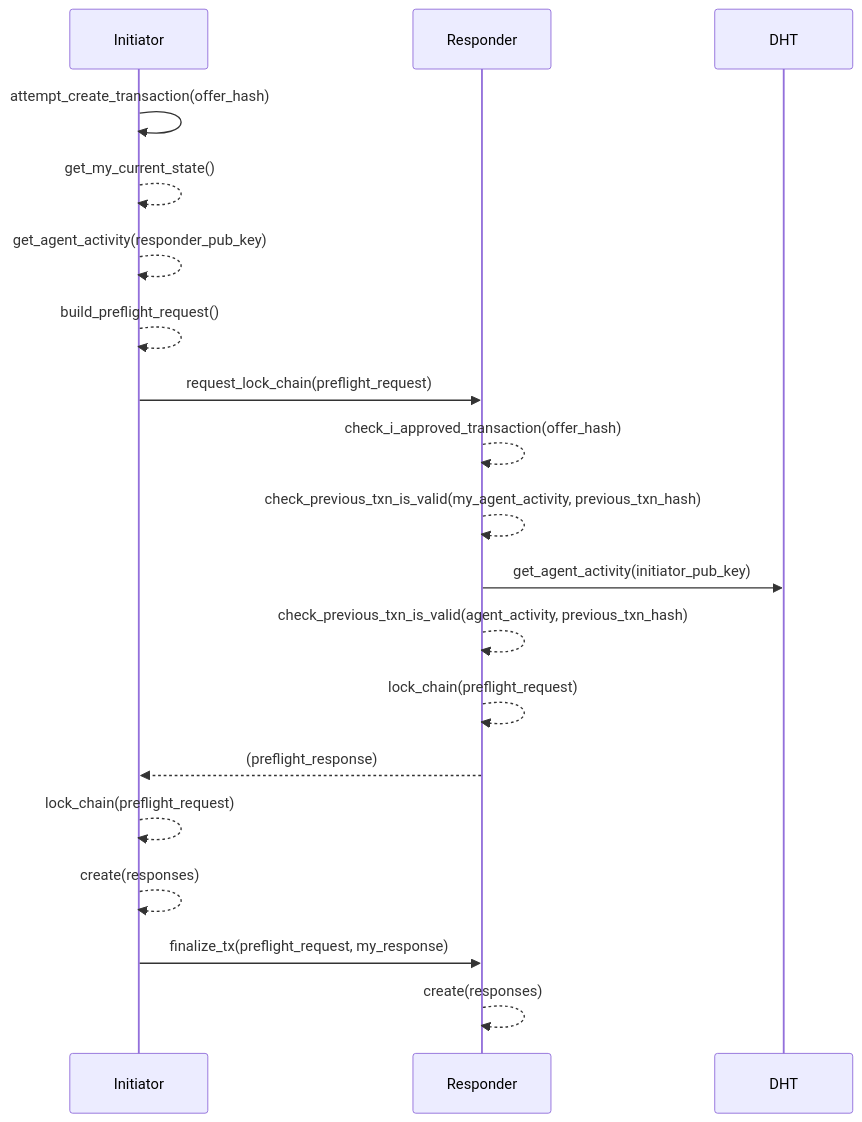
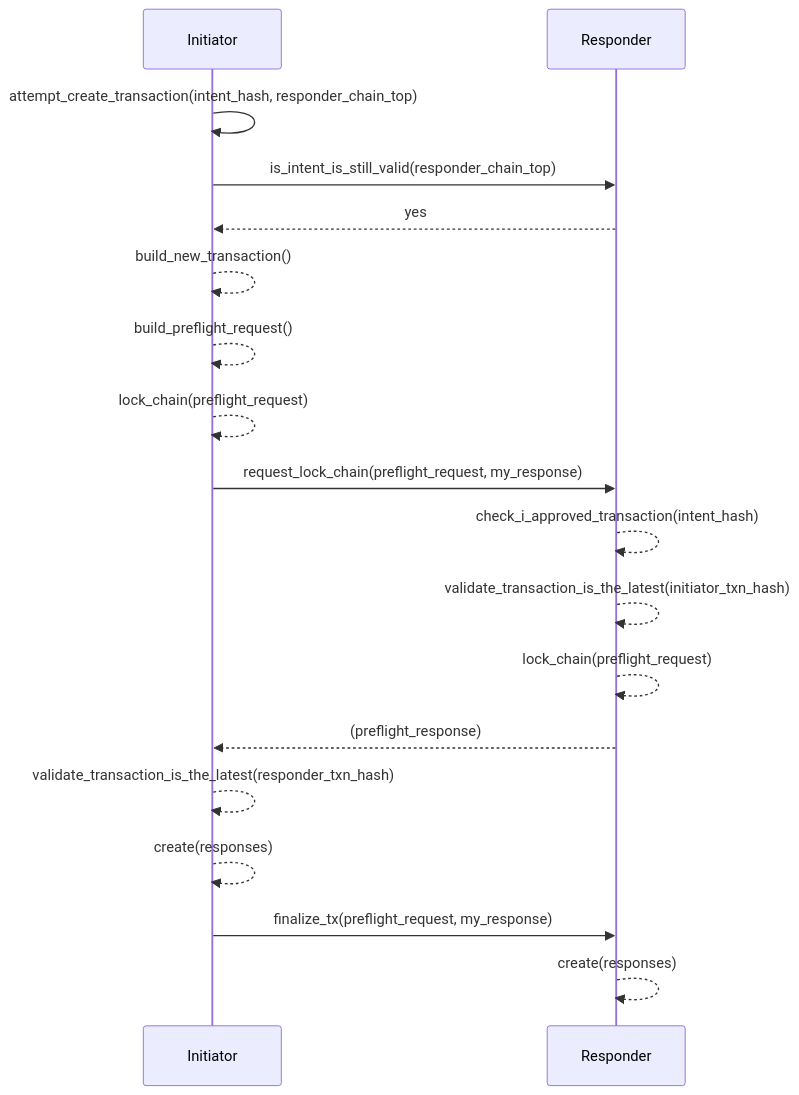
The second of 2 diagrams in DESIGN.md (darksoil-studio/mutual-credit), drawn with Mermaid before and after one commit. The commit also changed other lines of this file and 22 other files, not shown here.

Commit message:
Transaction flow PoC

````diff
--- a/DESIGN.md
+++ b/DESIGN.md
@@ -3,20 +14,20 @@
 ```mermaid
 
 sequenceDiagram
 
-Initiator->>Initiator: attempt_create_transaction(offer_hash)
-Initiator-->>Initiator: get_my_current_state()
-Initiator-->>Initiator: get_agent_activity(responder_pub_key)
+Initiator->>Initiator: attempt_create_transaction(intent_hash, responder_chain_top)
+Initiator->>Responder: is_intent_is_still_valid(responder_chain_top)
+Responder-->>Initiator: yes
+Initiator-->>Initiator: build_new_transaction()
 Initiator-->>Initiator: build_preflight_request()
-Initiator->>Responder: request_lock_chain(preflight_request)
-Responder-->>Responder: check_i_approved_transaction(offer_hash)
-Responder-->>Responder: check_previous_txn_is_valid(my_agent_activity, previous_txn_hash)
-Responder->>DHT: get_agent_activity(initiator_pub_key)
-Responder-->>Responder: check_previous_txn_is_valid(agent_activity, previous_txn_hash)
+Initiator-->>Initiator: lock_chain(preflight_request)
+Initiator->>Responder: request_lock_chain(preflight_request, my_response)
+Responder-->>Responder: check_i_approved_transaction(intent_hash)
+Responder-->>Responder: validate_transaction_is_the_latest(initiator_txn_hash)
 Responder-->>Responder: lock_chain(preflight_request)
 Responder-->>Initiator: (preflight_response)
-Initiator-->>Initiator: lock_chain(preflight_request)
+Initiator-->>Initiator: validate_transaction_is_the_latest(responder_txn_hash)
 Initiator-->>Initiator: create(responses)
 Initiator->>Responder: finalize_tx(preflight_request, my_response)
 Responder-->>Responder: create(responses)
 ```
````
